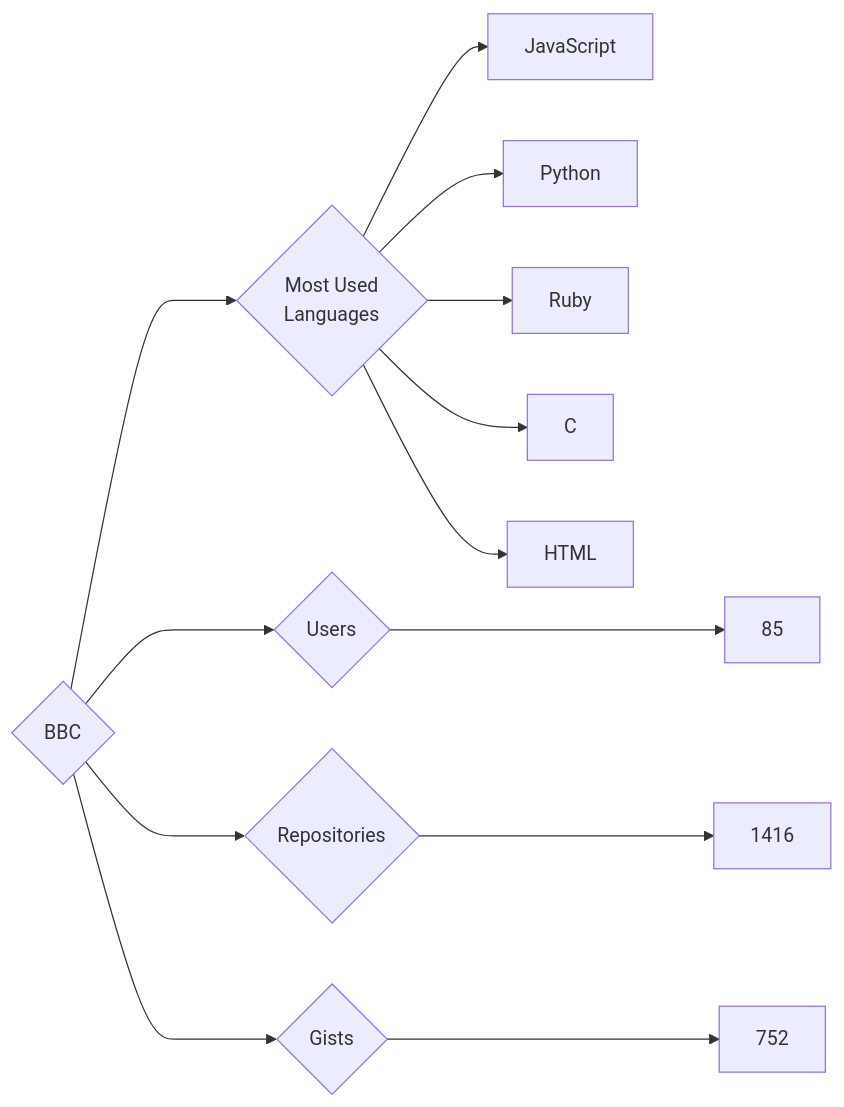
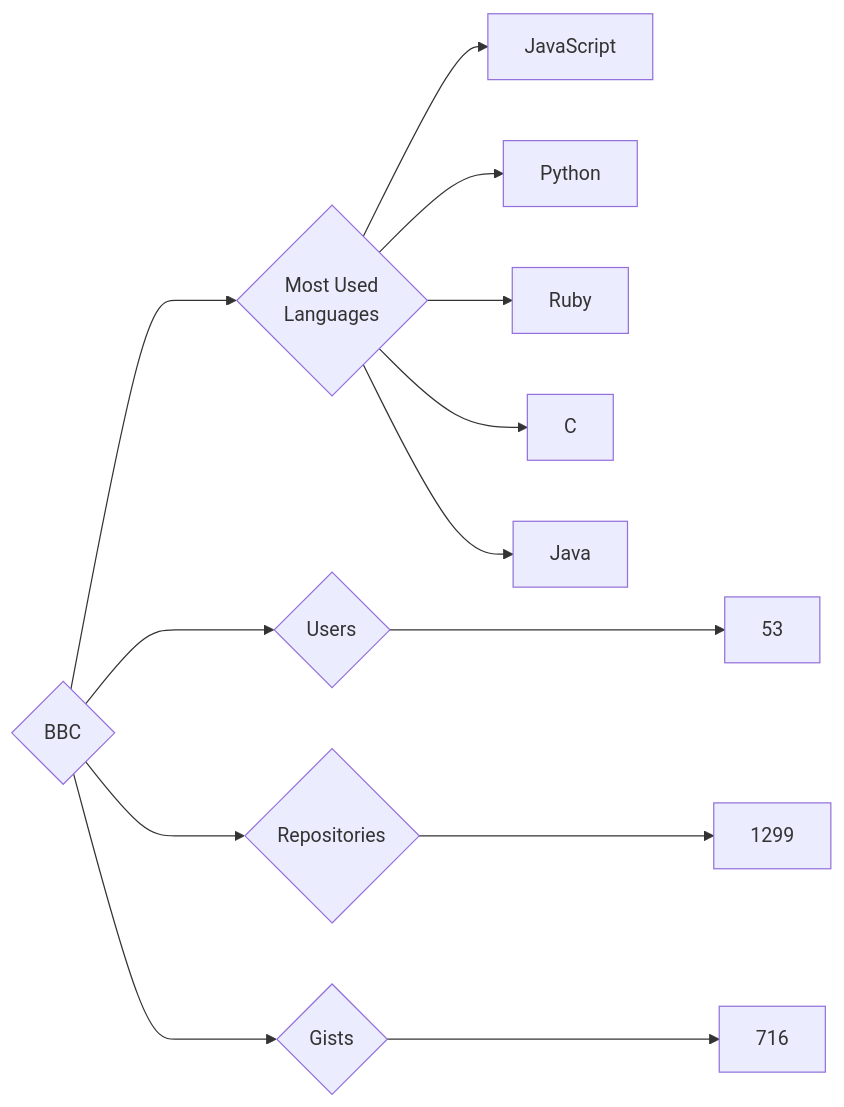
The diagram in targets/BBC/README.md (trickest/insiders), drawn with Mermaid before and after one commit. The commit also changed 721 other files, not shown here.

````diff
--- a/targets/BBC/README.md
+++ b/targets/BBC/README.md
@@ -3,13 +3,13 @@
 ```mermaid
 graph LR
 COMPANY_NAME{BBC}
-COMPANY_NAME ---> U{Users} ---> UN[85]
-COMPANY_NAME ---> R{Repositories} ---> RN[1416]
-COMPANY_NAME ---> G{Gists} ---> GN[752]
+COMPANY_NAME ---> U{Users} ---> UN[53]
+COMPANY_NAME ---> R{Repositories} ---> RN[1299]
+COMPANY_NAME ---> G{Gists} ---> GN[716]
 COMPANY_NAME ---> ML{Most Used<br>Languages}
 ML --> JavaScript[JavaScript]
 ML --> Python[Python]
 ML --> Ruby[Ruby]
 ML --> C[C]
-ML --> HTML[HTML]
+ML --> Java[Java]
 ```
````
